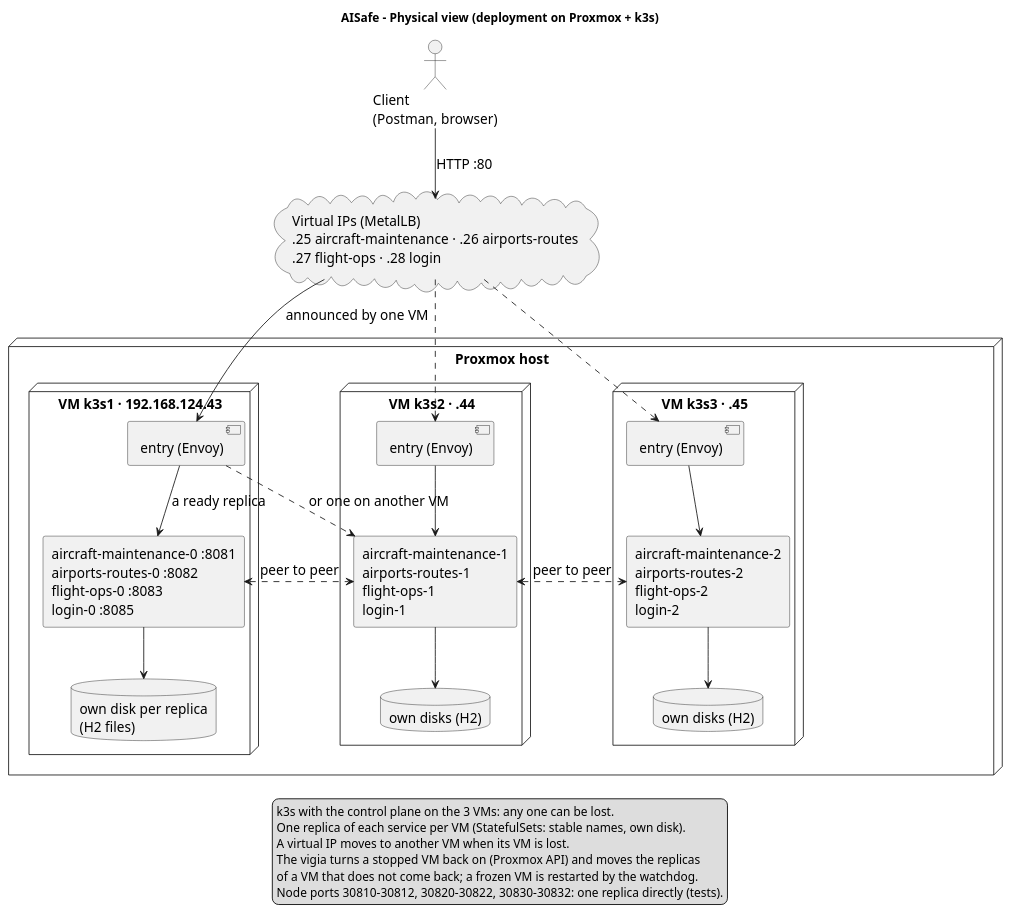
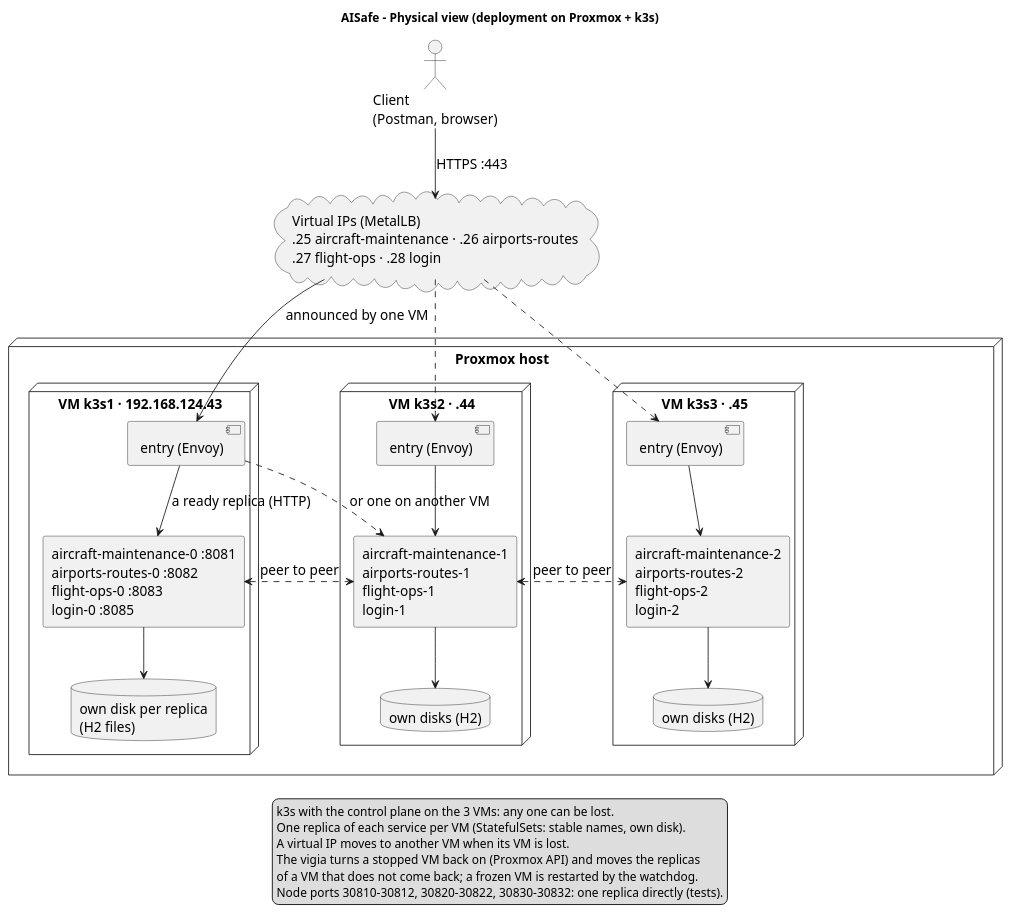
Before and after one commit to miguelsiilva1/sidis_group7_3da: the diagram in docs/puml/physical-view.puml, drawn with PlantUML. The commit also changed 14 other files, not shown here.

```diff
--- a/docs/puml/physical-view.puml
+++ b/docs/puml/physical-view.puml
@@ -1,53 +1,53 @@
 @startuml physical-view
 title AISafe - Physical view (deployment on Proxmox + k3s)
 
 skinparam shadowing false
 skinparam defaultFontSize 16
 skinparam nodeFontStyle bold
 
 actor "Client\n(Postman, browser)" as client
 cloud "Virtual IPs (MetalLB)\n.25 aircraft-maintenance · .26 airports-routes\n.27 flight-ops · .28 login" as vips
 
 node "Proxmox host" as px {
   node "VM k3s1 · 192.168.124.43" as n1 {
     component "entry (Envoy)" as e1
     rectangle "aircraft-maintenance-0 :8081\nairports-routes-0 :8082\nflight-ops-0 :8083\nlogin-0 :8085" as p1
     database "own disk per replica\n(H2 files)" as d1
   }
   node "VM k3s2 · .44" as n2 {
     component "entry (Envoy)" as e2
     rectangle "aircraft-maintenance-1\nairports-routes-1\nflight-ops-1\nlogin-1" as p2
     database "own disks (H2)" as d2
   }
   node "VM k3s3 · .45" as n3 {
     component "entry (Envoy)" as e3
     rectangle "aircraft-maintenance-2\nairports-routes-2\nflight-ops-2\nlogin-2" as p3
     database "own disks (H2)" as d3
   }
 }
 
-client --> vips : HTTP :80
+client --> vips : HTTPS :443
 vips --> e1 : announced by one VM
 vips ..> e2
 vips ..> e3
-e1 --> p1 : a ready replica
+e1 --> p1 : a ready replica (HTTP)
 e2 --> p2
 e3 --> p3
 e1 -[dashed,norank]-> p2 : or one on another VM
 p1 --> d1
 p2 --> d2
 p3 --> d3
 p1 <-[dashed,norank]-> p2 : peer to peer
 p2 <-[dashed,norank]-> p3 : peer to peer
 e1 -[hidden]right- e2
 e2 -[hidden]right- e3
 
 legend bottom
   k3s with the control plane on the 3 VMs: any one can be lost.
   One replica of each service per VM (StatefulSets: stable names, own disk).
   A virtual IP moves to another VM when its VM is lost.
   The vigia turns a stopped VM back on (Proxmox API) and moves the replicas
   of a VM that does not come back; a frozen VM is restarted by the watchdog.
   Node ports 30810-30812, 30820-30822, 30830-30832: one replica directly (tests).
 endlegend
 @enduml
```
